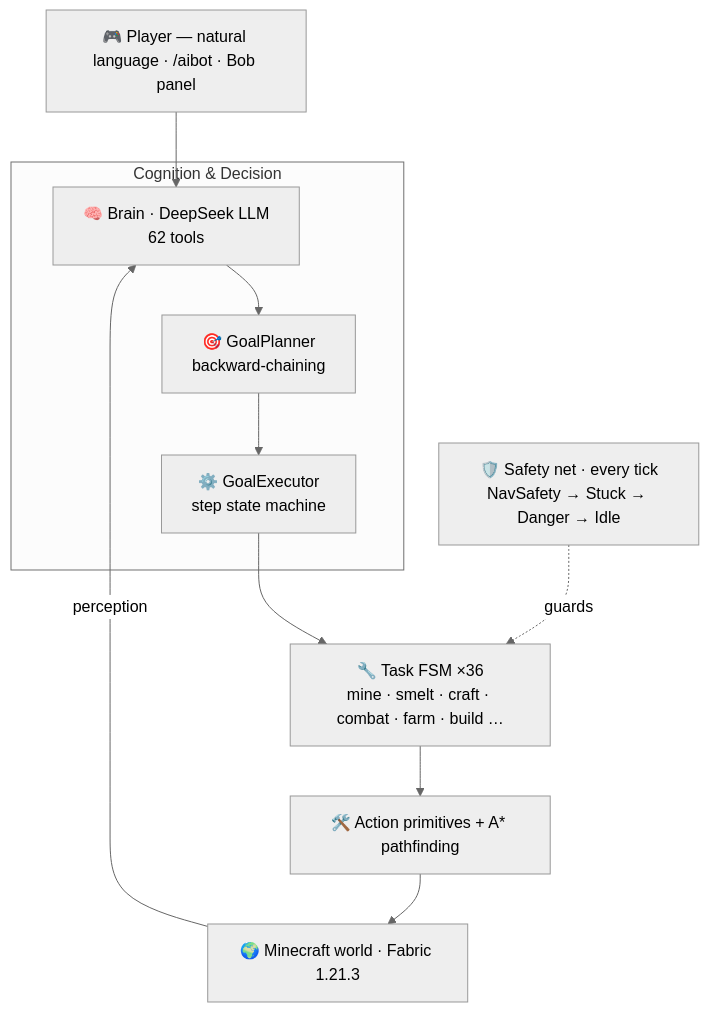
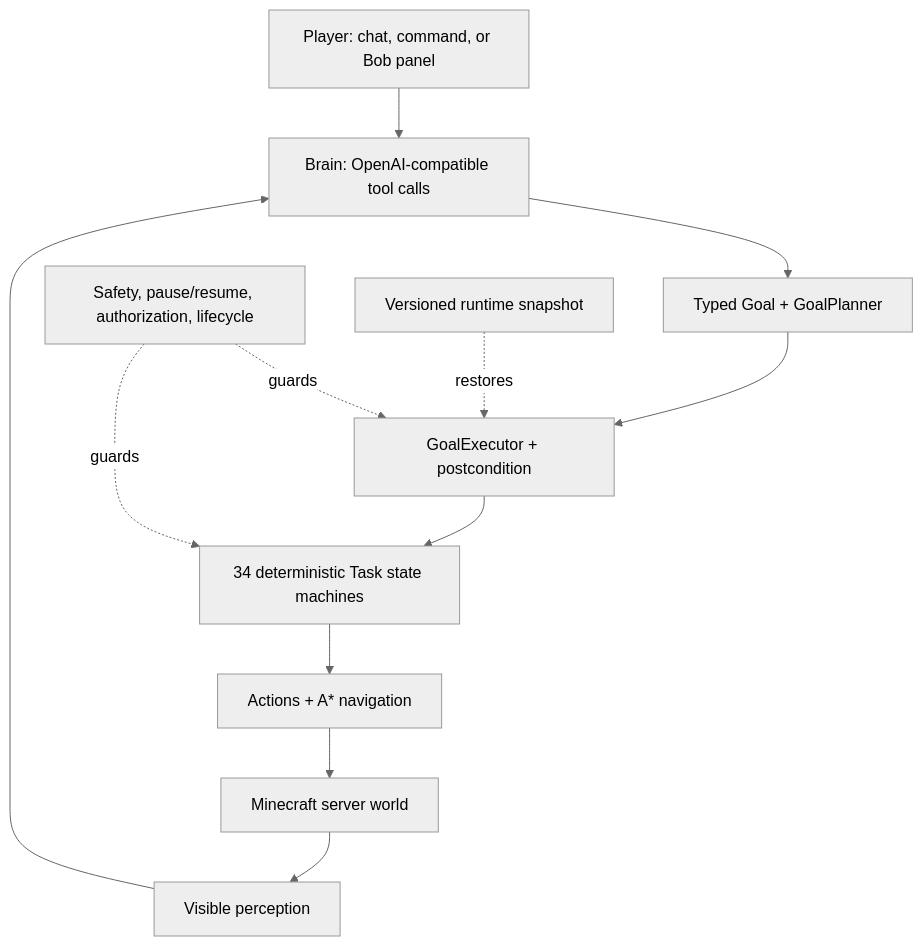
The diagram in README.md (zoyluoblue/mc_aiplayer), drawn with Mermaid (neutral theme) before and after one commit. The commit also changed other lines of this file and 12220 other files, not shown here.

````diff
--- a/README.md
+++ b/README.md
@@ -108,13 +52,14 @@
 ```mermaid
 flowchart TB
-    P["🎮 Player — natural language · /aibot · Bob panel"] --> B
-    subgraph COG["Cognition &amp; Decision"]
-      B["🧠 Brain · DeepSeek LLM<br/>62 tools"] --> G["🎯 GoalPlanner<br/>backward-chaining"]
-      G --> E["⚙️ GoalExecutor<br/>step state machine"]
-    end
-    E --> T["🔧 Task FSM ×36<br/>mine · smelt · craft · combat · farm · build …"]
-    T --> A["🛠️ Action primitives + A* pathfinding"]
-    A --> W["🌍 Minecraft world · Fabric 1.21.3"]
-    W -->|perception| B
-    S["🛡️ Safety net · every tick<br/>NavSafety → Stuck → Danger → Idle"] -. guards .-> T
+    U["Player: chat, command, or Bob panel"] --> B["Brain: OpenAI-compatible tool calls"]
+    B --> G["Typed Goal + GoalPlanner"]
+    G --> E["GoalExecutor + postcondition"]
+    E --> T["34 deterministic Task state machines"]
+    T --> A["Actions + A* navigation"]
+    A --> W["Minecraft server world"]
+    W --> P["Visible perception"]
+    P --> B
+    S["Safety, pause/resume, authorization, lifecycle"] -. guards .-> E
+    S -. guards .-> T
+    R["Versioned runtime snapshot"] -. restores .-> E
 ```
````
